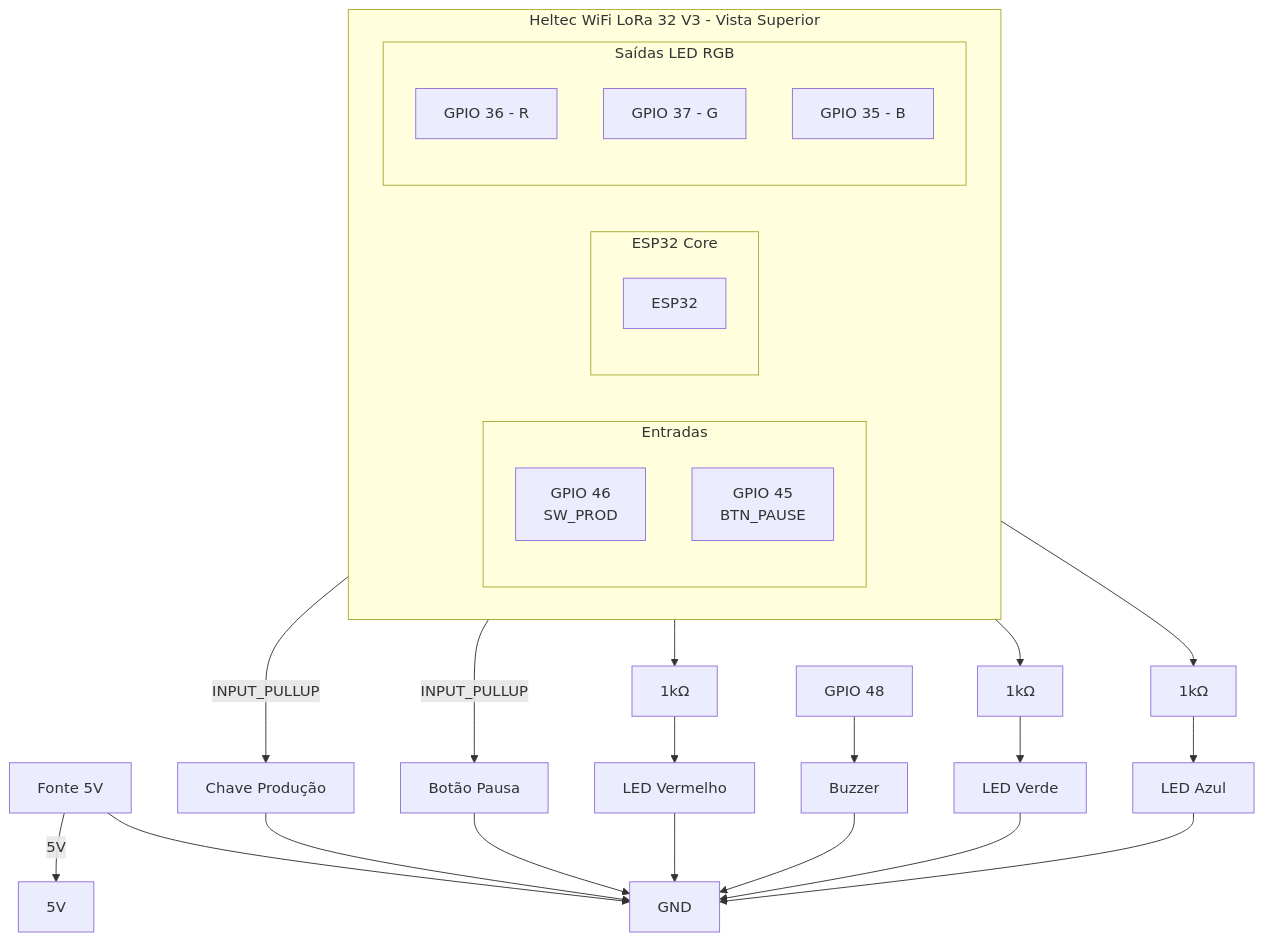
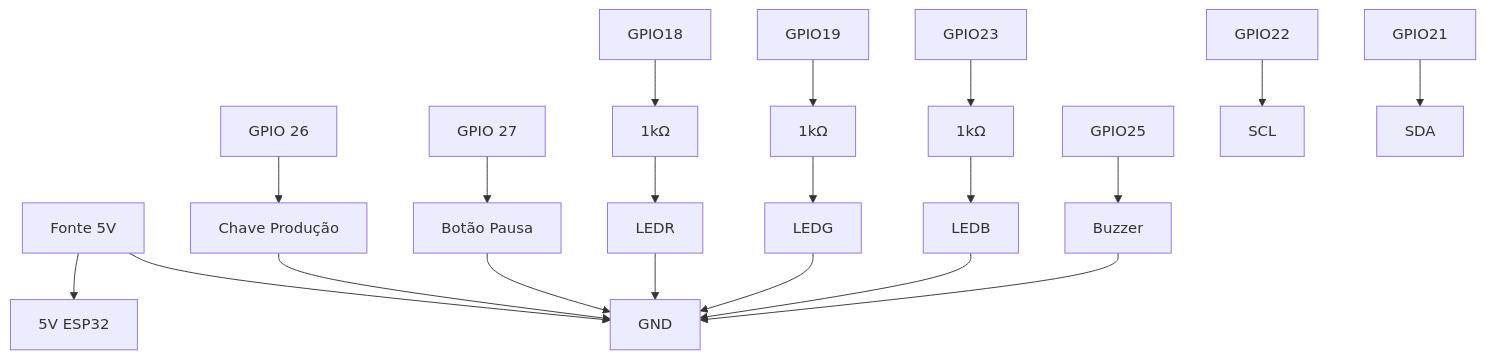
The diagram in README.md (Rafaeros/time-sensor), drawn with Mermaid before and after one commit. The commit also changed other lines of this file and 4 other files, not shown here.

````diff
--- a/README.md
+++ b/README.md
@@ -66,72 +128,18 @@
-```mermaid
-
+``` mermaid
 graph TB
 
-    %% =========================
-    %% PLACA HELTEC V3 (Top View)
-    %% =========================
-    subgraph BOARD[Heltec WiFi LoRa 32 V3 - Vista Superior]
-
-        direction LR
-
-        %% Lado esquerdo (Entradas)
-        subgraph LEFT[Entradas]
-            direction TB
-            GPIO46[GPIO 46<br/>SW_PROD]
-            GPIO45[GPIO 45<br/>BTN_PAUSE]
-        end
-
-        %% Centro (Core)
-        subgraph CENTER[ESP32 Core]
-            direction TB
-            MCU[ESP32]
-        end
-
-        %% Lado direito (LED RGB)
-        subgraph RIGHT[Saídas LED RGB]
-            direction TB
-            GPIO36[GPIO 36 - R]
-            GPIO37[GPIO 37 - G]
-            GPIO35[GPIO 35 - B]
-        end
-
-    end
-
-    %% Parte superior (Alimentação)
-    PSU[Fonte 5V]
-    VIN[5V]
-    GND[GND]
-
-    PSU -->|5V| VIN
+    PSU[Fonte 5V] --> VIN[5V ESP32]
     PSU --> GND
 
-    %% Conexões externas
-    Switch[Chave Produção]
-    PauseBtn[Botão Pausa]
+    GPIO26[GPIO 26] --> Switch[Chave Produção] --> GND
+    GPIO27[GPIO 27] --> PauseBtn[Botão Pausa] --> GND
 
-    LEDR[LED Vermelho]
-    LEDG[LED Verde]
-    LEDB[LED Azul]
+    GPIO18 --> R1[1kΩ] --> LEDR --> GND
+    GPIO19 --> R2[1kΩ] --> LEDG --> GND
+    GPIO23 --> R3[1kΩ] --> LEDB --> GND
 
-    R1[1kΩ]
-    R2[1kΩ]
-    R3[1kΩ]
+    GPIO25 --> Buzzer --> GND
 
-    Buzzer[Buzzer]
-    GPIO48[GPIO 48]
-
-    %% Entradas
-    GPIO46 -->|INPUT_PULLUP| Switch --> GND
-    GPIO45 -->|INPUT_PULLUP| PauseBtn --> GND
-
-    %% LEDs com resistores
-    GPIO36 --> R1 --> LEDR --> GND
-    GPIO37 --> R2 --> LEDG --> GND
-    GPIO35 --> R3 --> LEDB --> GND
-
-    %% Buzzer
-    GPIO48 --> Buzzer --> GND
-
-
-    
+    GPIO22 --> OLED_SCL[SCL]
+    GPIO21 --> OLED_SDA[SDA]
 ```
````
